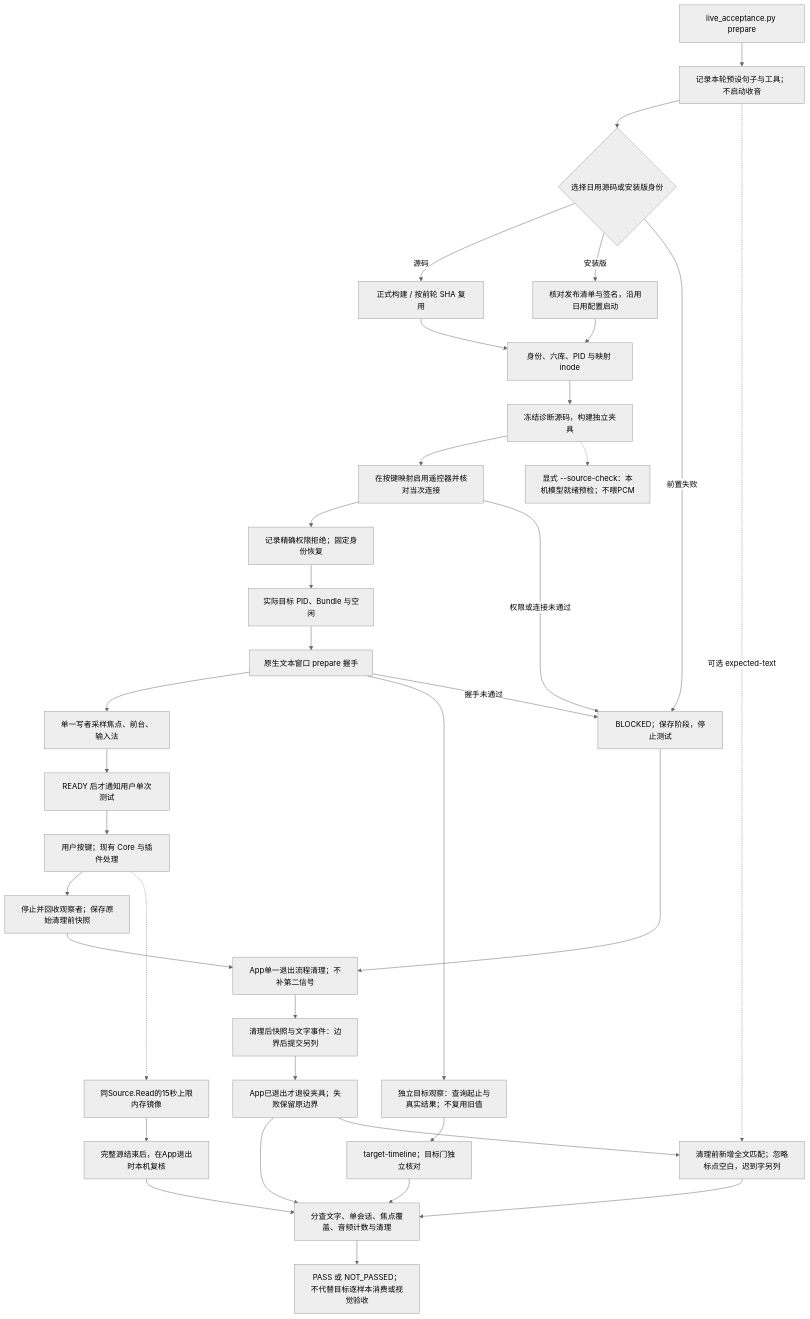
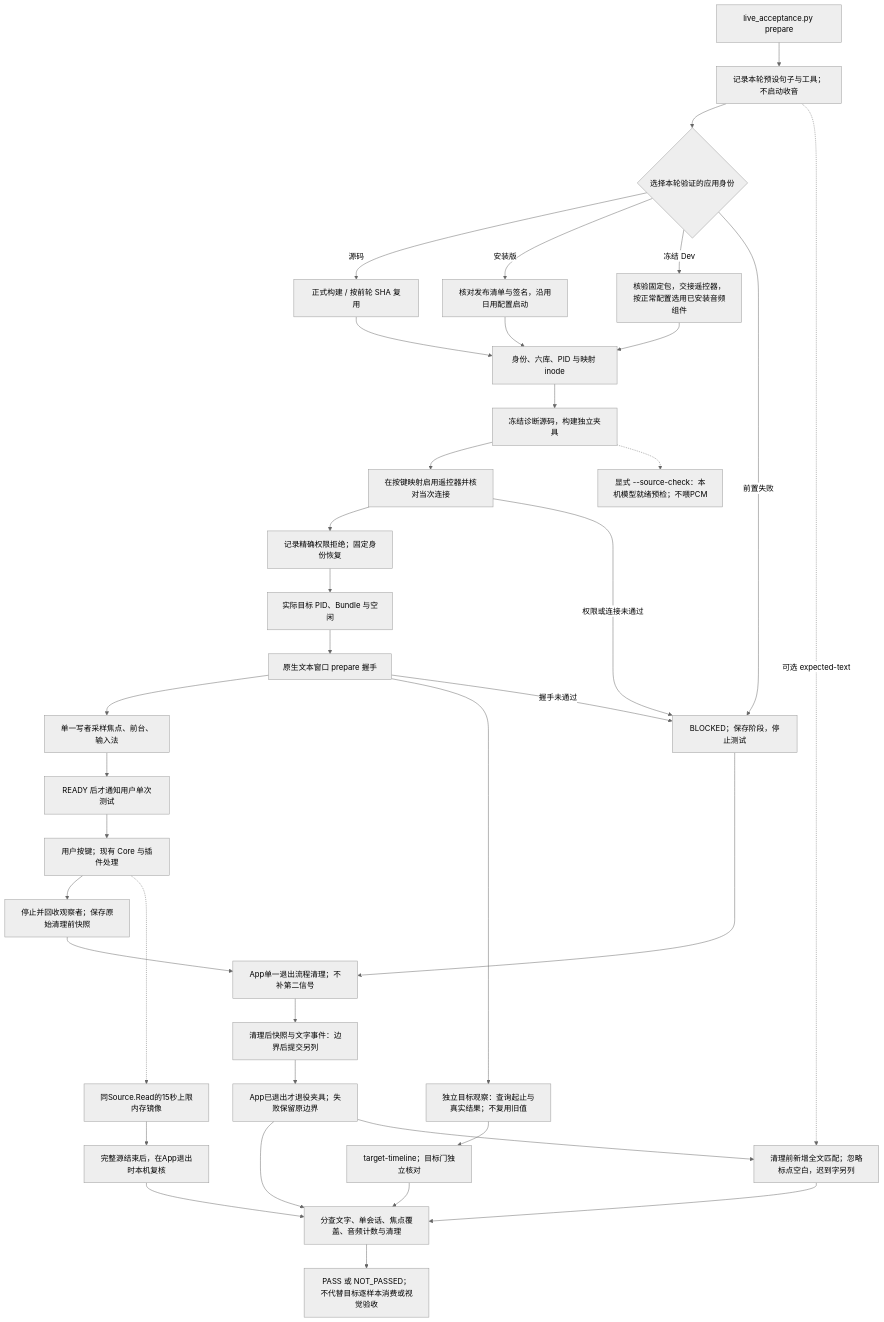
The diagram in tools/workbench/diagrams/live-acceptance.mmd (daftAI2026/MiMac), drawn with Mermaid (neutral theme) before and after one commit. The commit also changed 6 other files, not shown here.

```diff
--- a/tools/workbench/diagrams/live-acceptance.mmd
+++ b/tools/workbench/diagrams/live-acceptance.mmd
@@ -1,35 +1,37 @@
 flowchart TD
     entry["live_acceptance.py prepare"] --> plan["记录本轮预设句子与工具；不启动收音"]
-    plan --> fixed{"选择日用源码或安装版身份"}
+    plan --> fixed{"选择本轮验证的应用身份"}
     fixed -->|源码| build["正式构建 / 按前轮 SHA 复用"]
     fixed -->|安装版| installed["核对发布清单与签名，沿用日用配置启动"]
     build --> identity["身份、六库、PID 与映射 inode"]
+    fixed -->|冻结 Dev| dev["核验固定包，交接遥控器，按正常配置选用已安装音频组件"]
+    dev --> identity
     installed --> identity
     identity --> native["冻结诊断源码，构建独立夹具"]
     native --> route["在按键映射启用遥控器并核对当次连接"]
     route --> permission["记录精确权限拒绝；固定身份恢复"]
     permission --> idle["实际目标 PID、Bundle 与空闲"]
     idle --> client["原生文本窗口 prepare 握手"]
     client --> focus["单一写者采样焦点、前台、输入法"]
     client --> targetWatch["独立目标观察：查询起止与真实结果；不复用旧值"]
     targetWatch --> targetLog["target-timeline；目标门独立核对"]
     focus --> ready["READY 后才通知用户单次测试"]
     fixed -->|前置失败| blocked["BLOCKED；保存阶段，停止测试"]
     route -->|权限或连接未通过| blocked
     client -->|握手未通过| blocked
     ready --> human["用户按键；现有 Core 与插件处理"]
     human --> boundary["停止并回收观察者；保存原始清理前快照"]
     boundary --> finish["App单一退出流程清理；不补第二信号"]
     finish --> post["清理后快照与文字事件：边界后提交另列"]
     post --> closeClient["App已退出才退役夹具；失败保留原边界"]
     blocked --> finish
     closeClient --> evidence["分查文字、单会话、焦点覆盖、音频计数与清理"]
     plan -. "可选 expected-text" .-> whole["清理前新增全文匹配；忽略标点空白，迟到字另列"]
     closeClient --> whole
     whole --> evidence
     targetLog --> evidence
     evidence --> result["PASS 或 NOT_PASSED；不代替目标逐样本消费或视觉验收"]
     native -.-> probeMode["显式 --source-check：本机模型就绪预检；不喂PCM"]
     human -.-> mirror["同Source.Read的15秒上限内存镜像"]
     mirror --> exitReplay["完整源结束后，在App退出时本机复核"]
     exitReplay --> evidence
```
